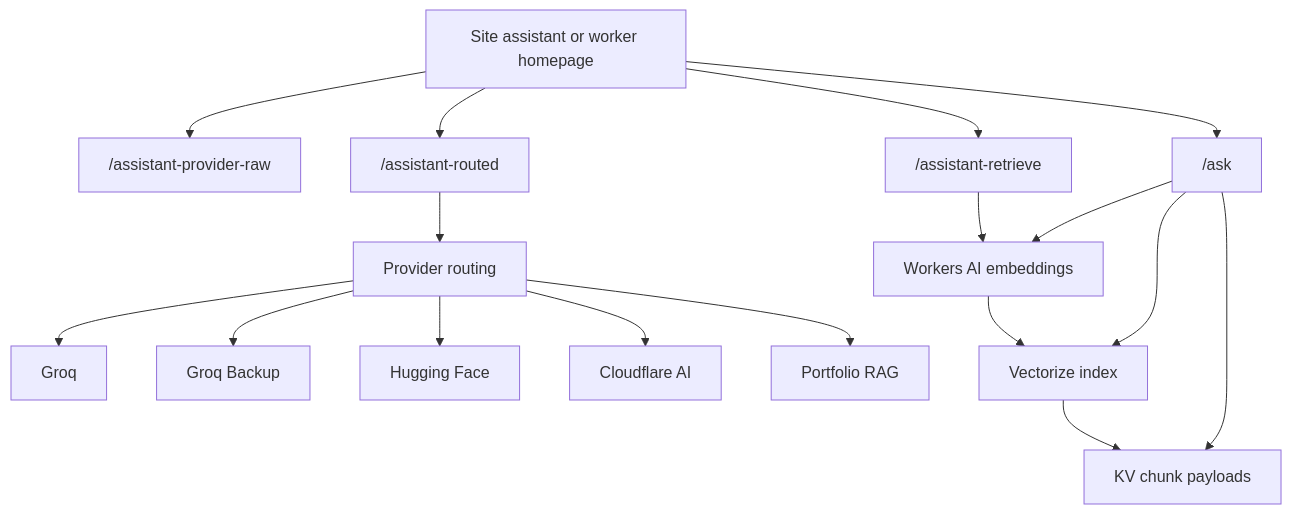
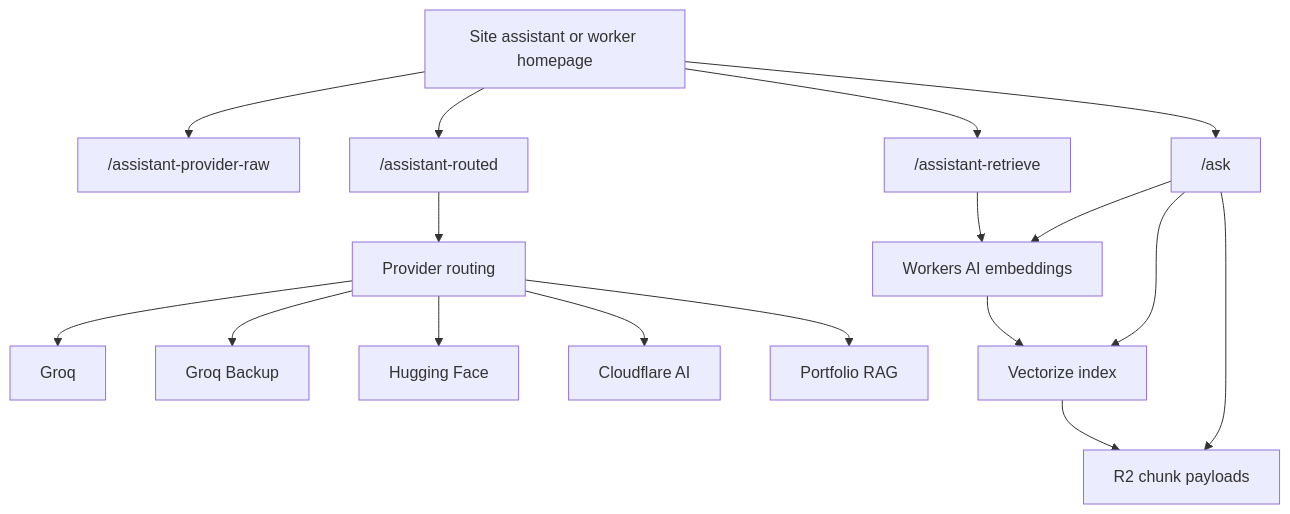
One commit to autodidactGuy/Personal-Portfolio changed the diagram in cloudflare-worker/README.md. Above: the diagram before and after it, drawn with Mermaid. The commit also changed other lines of this file and 10 other files, not shown here.

````diff
--- a/cloudflare-worker/README.md
+++ b/cloudflare-worker/README.md
@@ -24,22 +24,22 @@
 ```mermaid
 flowchart TD
     A["Site assistant or worker homepage"] --> B["/assistant-provider-raw"]
     A --> C["/assistant-routed"]
     A --> D["/assistant-retrieve"]
     A --> E["/ask"]
 
     D --> F["Workers AI embeddings"]
     F --> G["Vectorize index"]
-    G --> H["KV chunk payloads"]
+    G --> H["R2 chunk payloads"]
 
     C --> I["Provider routing"]
     I --> I1["Groq"]
     I --> I2["Groq Backup"]
     I --> I3["Hugging Face"]
     I --> I4["Cloudflare AI"]
     I --> I5["Portfolio RAG"]
 
     E --> F
     E --> G
     E --> H
 ```
````
